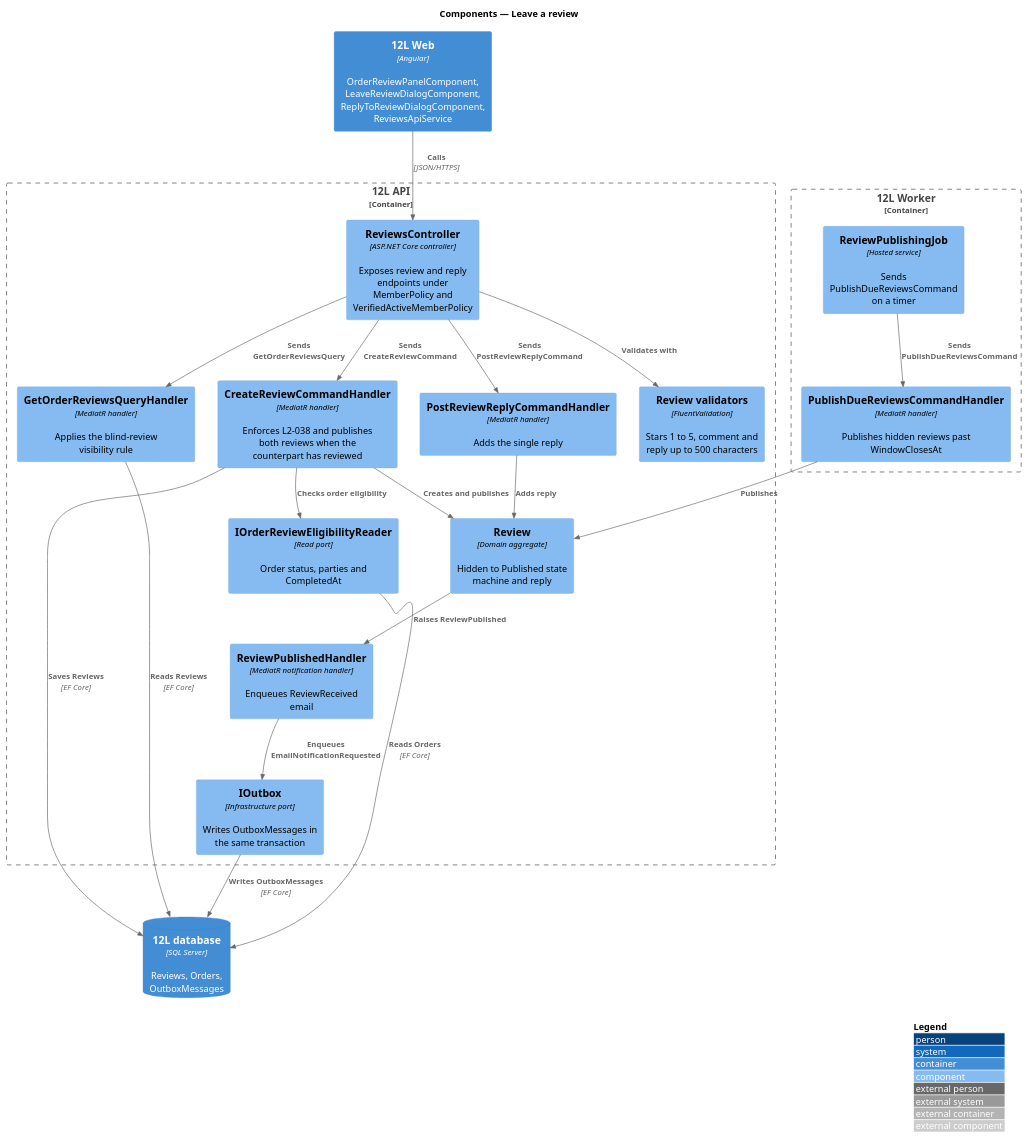
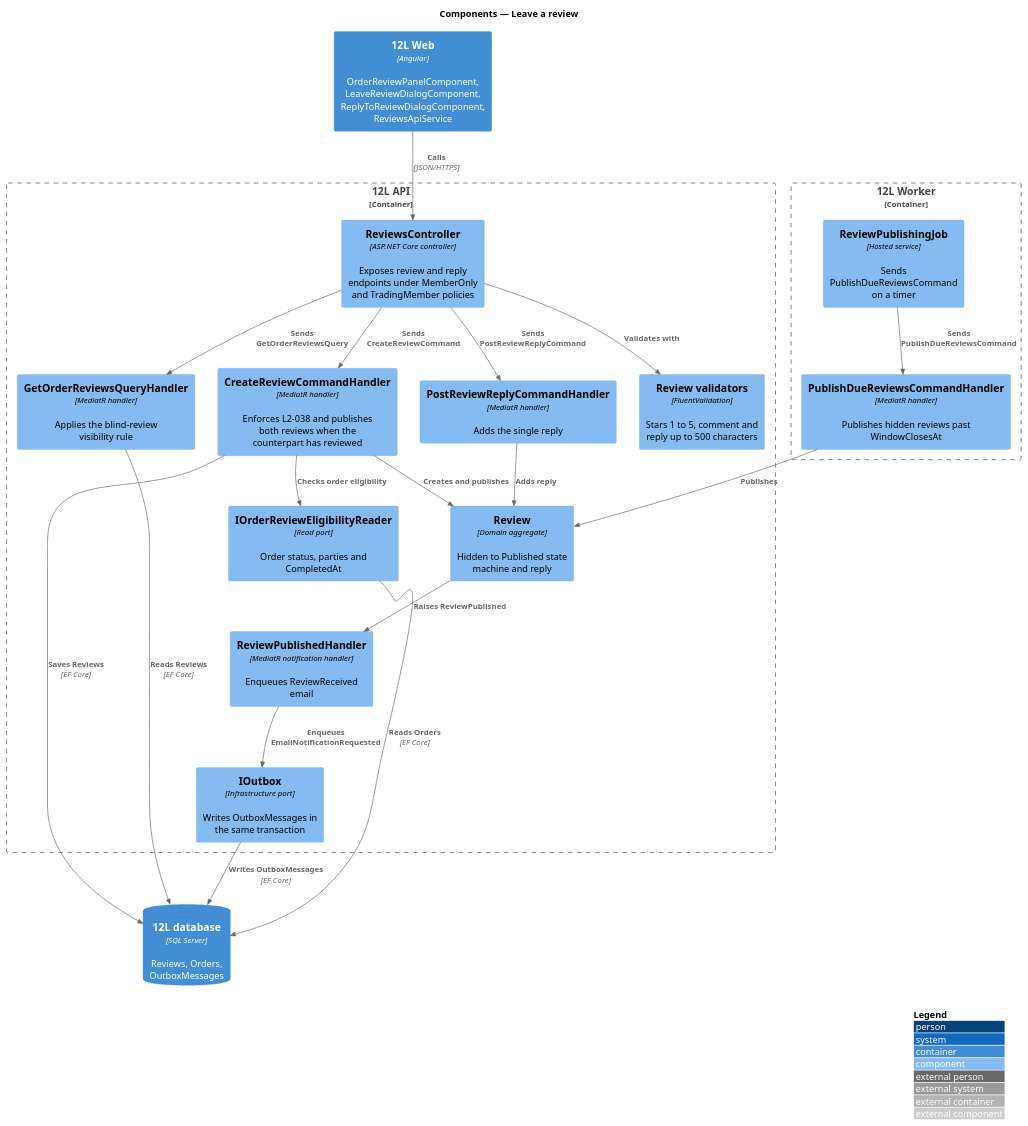
One commit to QuinntyneBrown/12l changed the diagram in docs/detailed-designs/reviews/leave-review/diagrams/c4-component.puml. Above: the diagram before and after it, drawn with PlantUML. The commit also changed 145 other files, not shown here.

```diff
--- a/docs/detailed-designs/reviews/leave-review/diagrams/c4-component.puml
+++ b/docs/detailed-designs/reviews/leave-review/diagrams/c4-component.puml
@@ -1,41 +1,41 @@
 @startuml
 !include <C4/C4_Component>
 LAYOUT_WITH_LEGEND()
 title Components — Leave a review
 
 Container(web, "12L Web", "Angular", "OrderReviewPanelComponent, LeaveReviewDialogComponent, ReplyToReviewDialogComponent, ReviewsApiService")
 
 Container_Boundary(api, "12L API") {
-  Component(ctrl, "ReviewsController", "ASP.NET Core controller", "Exposes review and reply endpoints under MemberPolicy and VerifiedActiveMemberPolicy")
+  Component(ctrl, "ReviewsController", "ASP.NET Core controller", "Exposes review and reply endpoints under MemberOnly and TradingMember policies")
   Component(create, "CreateReviewCommandHandler", "MediatR handler", "Enforces L2-038 and publishes both reviews when the counterpart has reviewed")
   Component(query, "GetOrderReviewsQueryHandler", "MediatR handler", "Applies the blind-review visibility rule")
   Component(reply, "PostReviewReplyCommandHandler", "MediatR handler", "Adds the single reply")
   Component(validators, "Review validators", "FluentValidation", "Stars 1 to 5, comment and reply up to 500 characters")
   Component(review, "Review", "Domain aggregate", "Hidden to Published state machine and reply")
   Component(published, "ReviewPublishedHandler", "MediatR notification handler", "Enqueues ReviewReceived email")
   Component(elig, "IOrderReviewEligibilityReader", "Read port", "Order status, parties and CompletedAt")
   Component(outbox, "IOutbox", "Infrastructure port", "Writes OutboxMessages in the same transaction")
 }
 Container_Boundary(worker, "12L Worker") {
   Component(job, "ReviewPublishingJob", "Hosted service", "Sends PublishDueReviewsCommand on a timer")
   Component(publish, "PublishDueReviewsCommandHandler", "MediatR handler", "Publishes hidden reviews past WindowClosesAt")
 }
 ContainerDb(db, "12L database", "SQL Server", "Reviews, Orders, OutboxMessages")
 
 Rel(web, ctrl, "Calls", "JSON/HTTPS")
 Rel(ctrl, validators, "Validates with")
 Rel(ctrl, create, "Sends CreateReviewCommand")
 Rel(ctrl, query, "Sends GetOrderReviewsQuery")
 Rel(ctrl, reply, "Sends PostReviewReplyCommand")
 Rel(create, elig, "Checks order eligibility")
 Rel(create, review, "Creates and publishes")
 Rel(reply, review, "Adds reply")
 Rel(review, published, "Raises ReviewPublished")
 Rel(published, outbox, "Enqueues EmailNotificationRequested")
 Rel(job, publish, "Sends PublishDueReviewsCommand")
 Rel(publish, review, "Publishes")
 Rel(elig, db, "Reads Orders", "EF Core")
 Rel(create, db, "Saves Reviews", "EF Core")
 Rel(query, db, "Reads Reviews", "EF Core")
 Rel(outbox, db, "Writes OutboxMessages", "EF Core")
 @enduml
```
